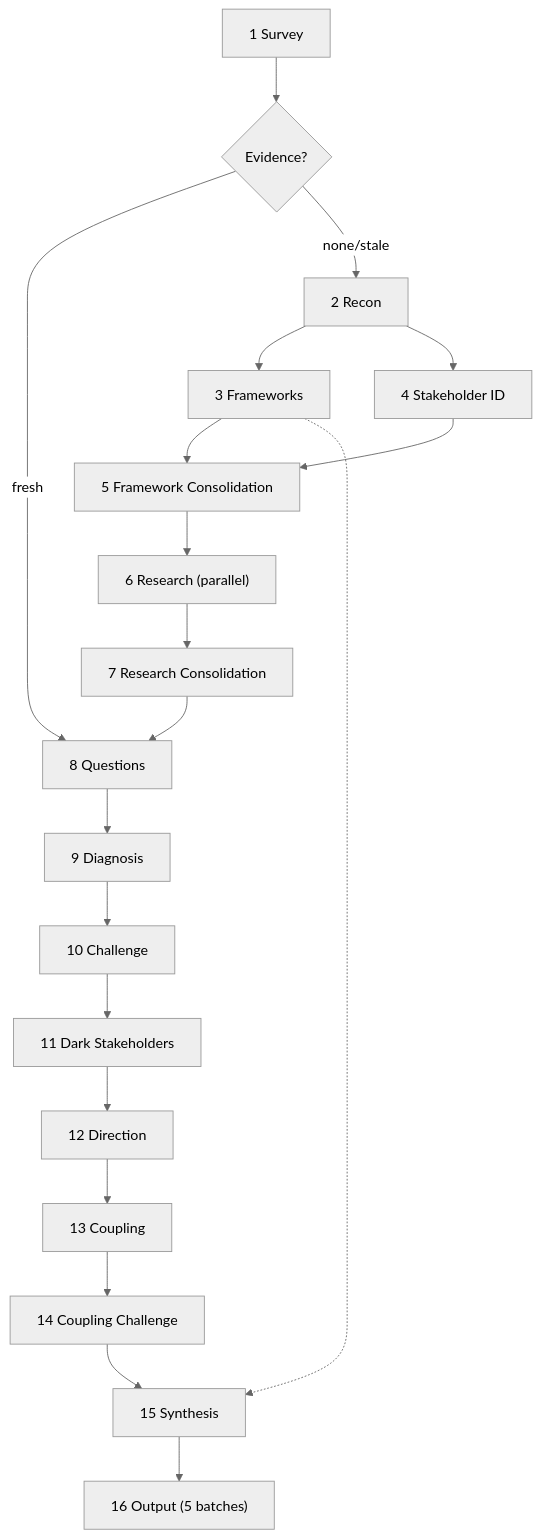
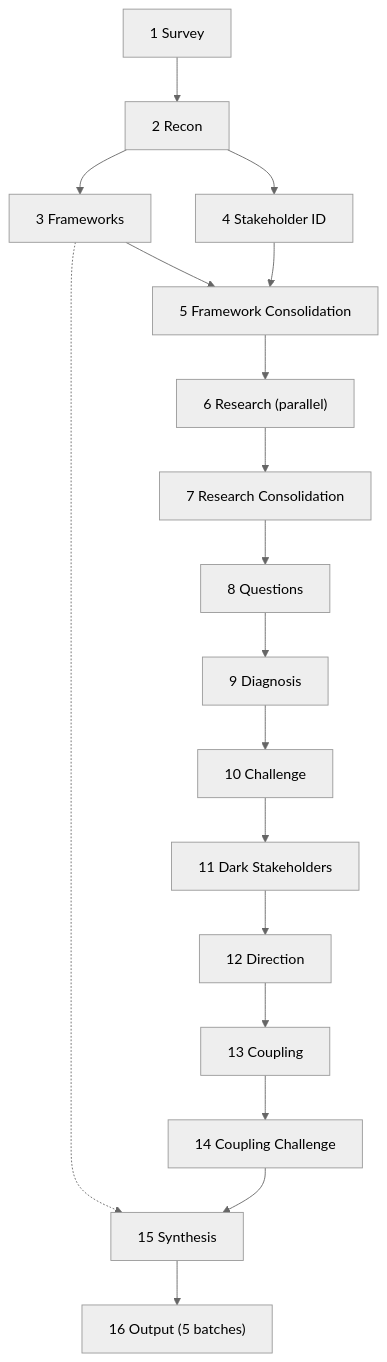
The diagram in tools/staker.md (cppalliance/tools-public), drawn with Mermaid (neutral theme) before and after one commit. The commit also changed other lines of this file and 20 other files, not shown here.

````diff
--- a/tools/staker.md
+++ b/tools/staker.md
@@ -7,22 +7,20 @@
 ```mermaid
 flowchart TD
-    S1[1 Survey] --> EC{Evidence?}
-    EC -- fresh --> S8[8 Questions]
-    EC -- "none/stale" --> S2[2 Recon]
+    S1[1 Survey] --> S2[2 Recon]
     S2 --> S3[3 Frameworks]
     S2 --> S4[4 Stakeholder ID]
     S3 --> S5[5 Framework Consolidation]
     S4 --> S5
     S5 --> S6["6 Research (parallel)"]
     S6 --> S7[7 Research Consolidation]
-    S7 --> S8
+    S7 --> S8[8 Questions]
     S8 --> S9[9 Diagnosis]
     S9 --> S10[10 Challenge]
     S10 --> S11[11 Dark Stakeholders]
     S11 --> S12[12 Direction]
     S12 --> S13[13 Coupling]
     S13 --> S14[14 Coupling Challenge]
     S3 -.-> S15
     S14 --> S15[15 Synthesis]
     S15 --> S16["16 Output (5 batches)"]
 ```
````
